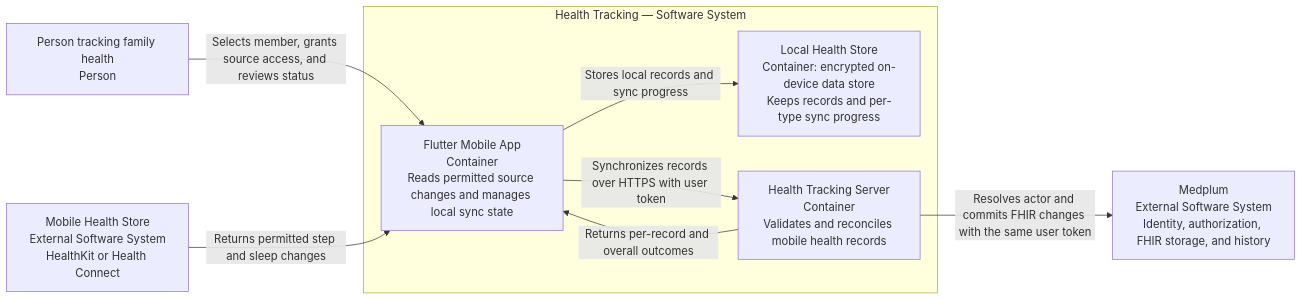
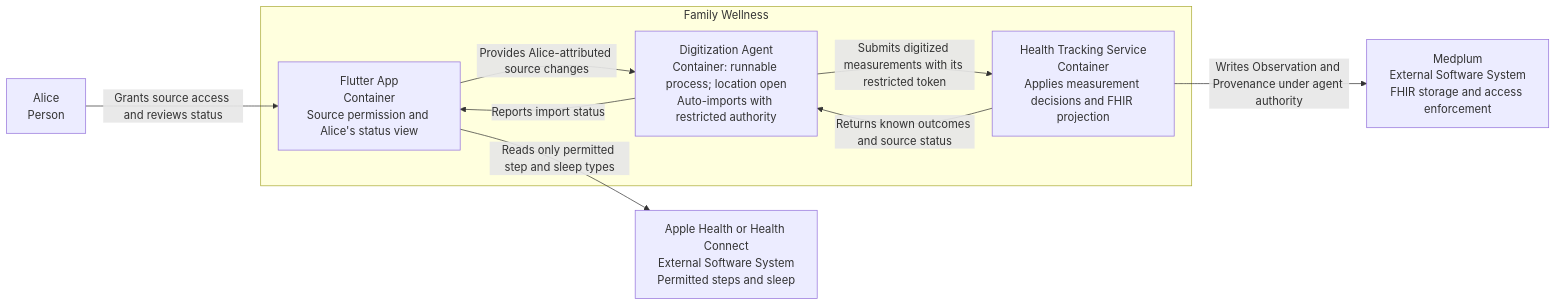
The first of 3 diagrams in dhf/documents/design/mobile_health_sync.md (ragavsathish/medplum), drawn with Mermaid before and after one commit. The commit also changed other lines of this file and 6 other files, not shown here.

Commit message:
docs: define family wellness design inputs

````diff
--- a/dhf/documents/design/mobile_health_sync.md
+++ b/dhf/documents/design/mobile_health_sync.md
@@ -109,19 +84,20 @@
 ```mermaid
 flowchart LR
-    person["Person tracking family health<br/>Person"]
-    source["Mobile Health Store<br/>External Software System<br/>HealthKit or Health Connect"]
-    medplum["Medplum<br/>External Software System<br/>Identity, authorization, FHIR storage, and history"]
+    alice["Alice<br/>Person"]
+    source["Apple Health or Health Connect<br/>External Software System<br/>Permitted steps and sleep"]
+    medplum["Medplum<br/>External Software System<br/>FHIR storage and access enforcement"]
 
-    subgraph system["Health Tracking — Software System"]
-        mobile["Flutter Mobile App<br/>Container<br/>Reads permitted source changes and manages local sync state"]
-        local["Local Health Store<br/>Container: encrypted on-device data store<br/>Keeps records and per-type sync progress"]
-        server["Health Tracking Server<br/>Container<br/>Validates and reconciles mobile health records"]
+    subgraph wellness["Family Wellness"]
+        app["Flutter App<br/>Container<br/>Source permission and Alice's status view"]
+        agent["Digitization Agent<br/>Container: runnable process; location open<br/>Auto-imports with restricted authority"]
+        tracking["Health Tracking Service<br/>Container<br/>Applies measurement decisions and FHIR projection"]
     end
 
-    person -->|"Selects member, grants source access, and reviews status"| mobile
-    source -->|"Returns permitted step and sleep changes"| mobile
-    mobile -->|"Stores local records and sync progress"| local
-    mobile -->|"Synchronizes records over HTTPS with user token"| server
-    server -->|"Resolves actor and commits FHIR changes with the same user token"| medplum
-    server -->|"Returns per-record and overall outcomes"| mobile
+    alice -->|"Grants source access and reviews status"| app
+    app -->|"Reads only permitted step and sleep types"| source
+    app -->|"Provides Alice-attributed source changes"| agent
+    agent -->|"Submits digitized measurements with its restricted token"| tracking
+    tracking -->|"Writes Observation and Provenance under agent authority"| medplum
+    tracking -->|"Returns known outcomes and source status"| agent
+    agent -->|"Reports import status"| app
 ```
````
